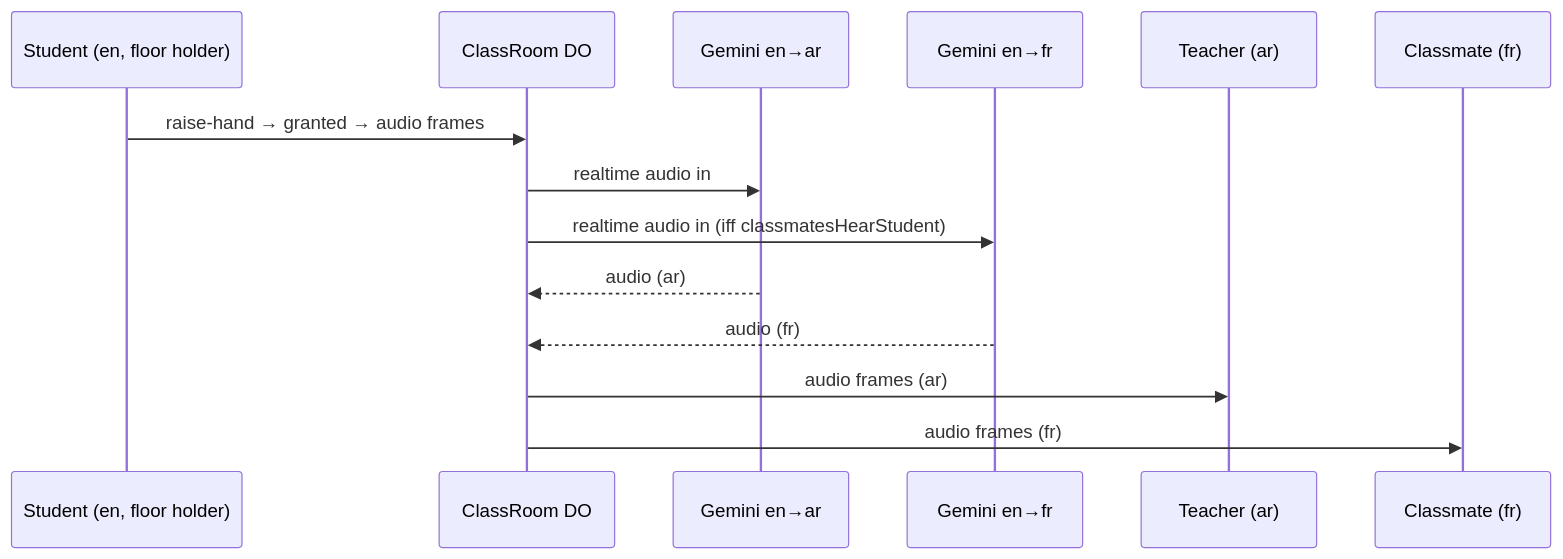
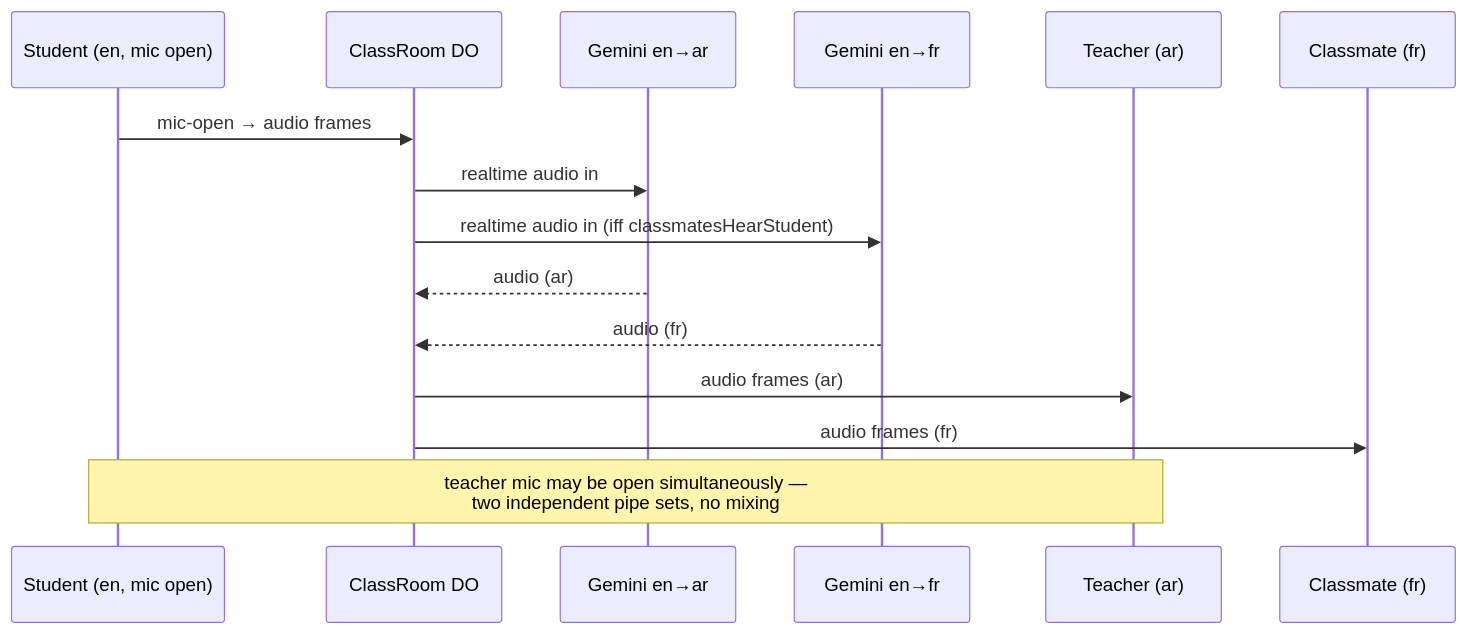
The second of 5 diagrams in ARCHITECTURE.md (MostafaElzoghbey/Fitra), drawn with Mermaid before and after one commit. The commit also changed other lines of this file and 8 other files, not shown here.

Commit message:
docs: T-028 mic control model replaces raise-hand floor control

````diff
--- a/ARCHITECTURE.md
+++ b/ARCHITECTURE.md
@@ -50,16 +50,17 @@
 ```mermaid
 sequenceDiagram
-    participant S as Student (en, floor holder)
+    participant S as Student (en, mic open)
     participant DO as ClassRoom DO
     participant G1 as Gemini en→ar
     participant G2 as Gemini en→fr
     participant T as Teacher (ar)
     participant C as Classmate (fr)
-    S->>DO: raise-hand → granted → audio frames
+    S->>DO: mic-open → audio frames
     DO->>G1: realtime audio in
     DO->>G2: realtime audio in (iff classmatesHearStudent)
     G1-->>DO: audio (ar)
     G2-->>DO: audio (fr)
     DO->>T: audio frames (ar)
     DO->>C: audio frames (fr)
+    Note over S,T: teacher mic may be open simultaneously —<br/>two independent pipe sets, no mixing
 ```
````
